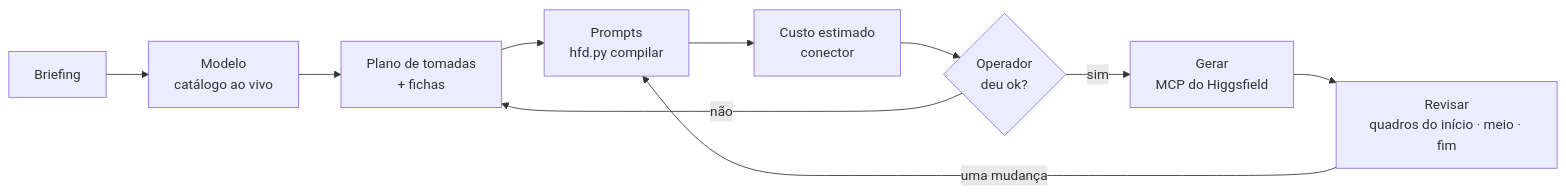
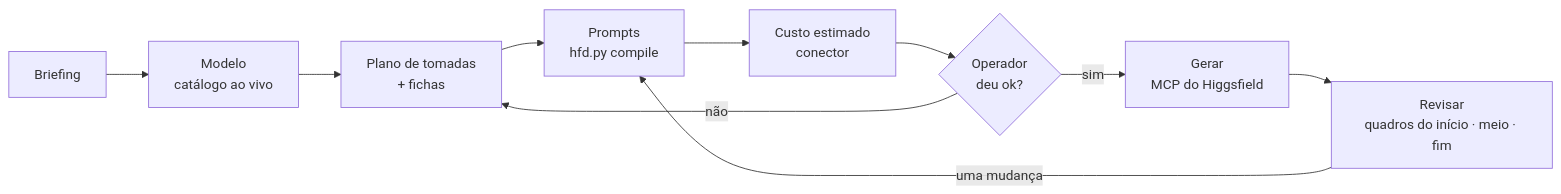
Before and after one commit to rniedson/higgsfield-director-pro-skill: the second of 2 diagrams in README.pt-BR.md, drawn with Mermaid. The commit also changed other lines of this file and 64 other files, not shown here.

````diff
--- a/README.pt-BR.md
+++ b/README.pt-BR.md
@@ -204,12 +211,12 @@
 ```mermaid
 flowchart LR
     A[Briefing] --> B[Modelo<br/>catálogo ao vivo]
     B --> C[Plano de tomadas<br/>+ fichas]
-    C --> D[Prompts<br/>hfd.py compilar]
+    C --> D[Prompts<br/>hfd.py compile]
     D --> E[Custo estimado<br/>conector]
     E --> F{Operador<br/>deu ok?}
     F -- sim --> G[Gerar<br/>MCP do Higgsfield]
     F -- não --> C
     G --> H[Revisar<br/>quadros do início · meio · fim]
     H -- uma mudança --> D
 ```
````
